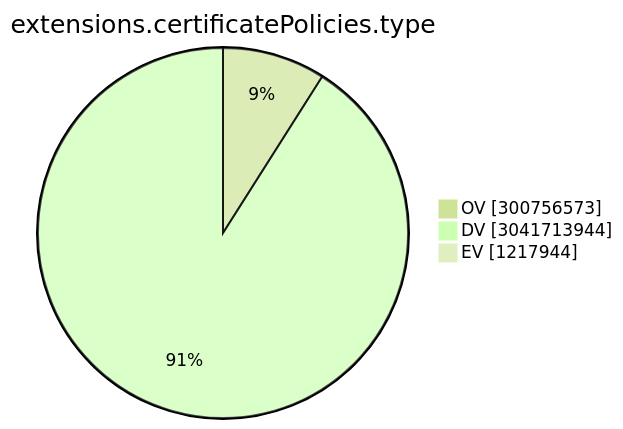
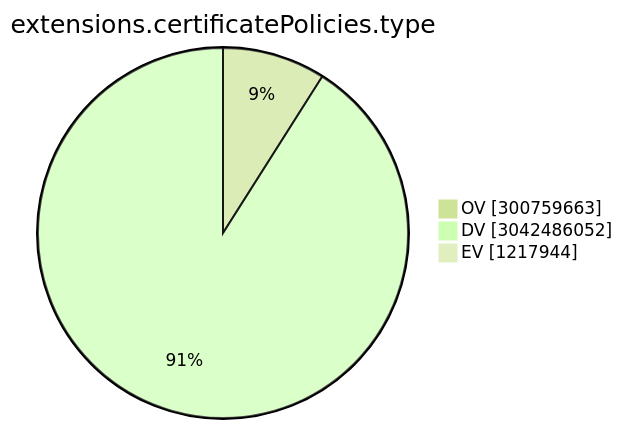
The ninth of 15 diagrams in TOTAL/README.md (christiankrug/ctmonitor_visualization), drawn with Mermaid (forest theme) before and after one commit. The commit also changed other lines of this file, not shown here.

````diff
--- a/TOTAL/README.md
+++ b/TOTAL/README.md
@@ -3102,7 +3102,7 @@
 ```mermaid
 pie showData
 title extensions.certificatePolicies.type
-"OV" :300756573
-"DV" :3041713944
+"OV" :300759663
+"DV" :3042486052
 "EV" :1217944
 ```
````
